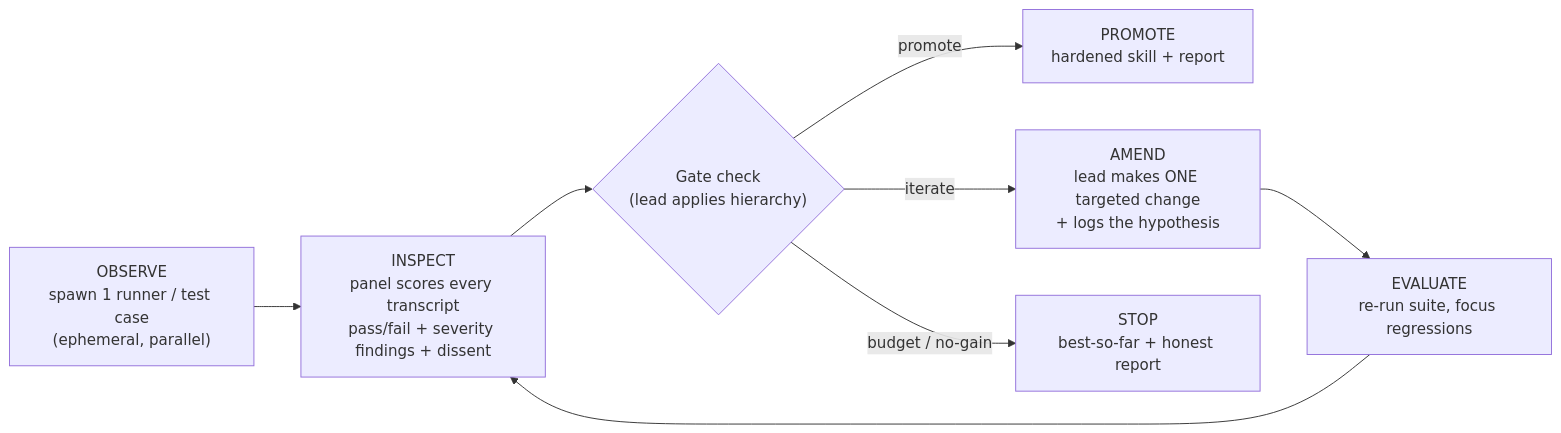
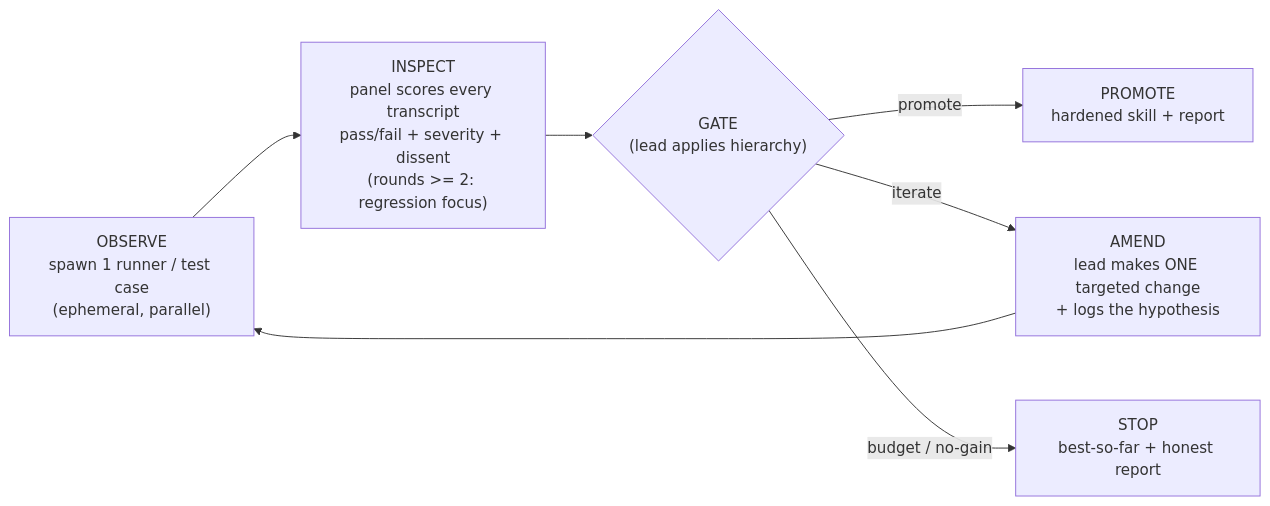
One commit to bjcoombs/ai-native-toolkit changed the diagram in docs/superpowers/specs/2026-06-02-skill-forge-design.md. Above: the diagram before and after it, drawn with Mermaid. The commit also changed other lines of this file, not shown here.

Commit message:
docs: Address spec review - intent guard, panel ledger, Gate 1 threshold

````diff
--- a/docs/superpowers/specs/2026-06-02-skill-forge-design.md
+++ b/docs/superpowers/specs/2026-06-02-skill-forge-design.md
@@ -108,10 +130,9 @@
 ```mermaid
 flowchart LR
-    O["OBSERVE<br/>spawn 1 runner / test case<br/>(ephemeral, parallel)"] --> I["INSPECT<br/>panel scores every transcript<br/>pass/fail + severity findings + dissent"]
-    I --> G{"Gate check<br/>(lead applies hierarchy)"}
+    O["OBSERVE<br/>spawn 1 runner / test case<br/>(ephemeral, parallel)"] --> I["INSPECT<br/>panel scores every transcript<br/>pass/fail + severity + dissent<br/>(rounds >= 2: regression focus)"]
+    I --> G{"GATE<br/>(lead applies hierarchy)"}
     G -->|"promote"| P["PROMOTE<br/>hardened skill + report"]
     G -->|"iterate"| A["AMEND<br/>lead makes ONE targeted change<br/>+ logs the hypothesis"]
-    A --> E["EVALUATE<br/>re-run suite, focus regressions"]
-    E --> I
+    A --> O
     G -->|"budget / no-gain"| S["STOP<br/>best-so-far + honest report"]
 ```
````
